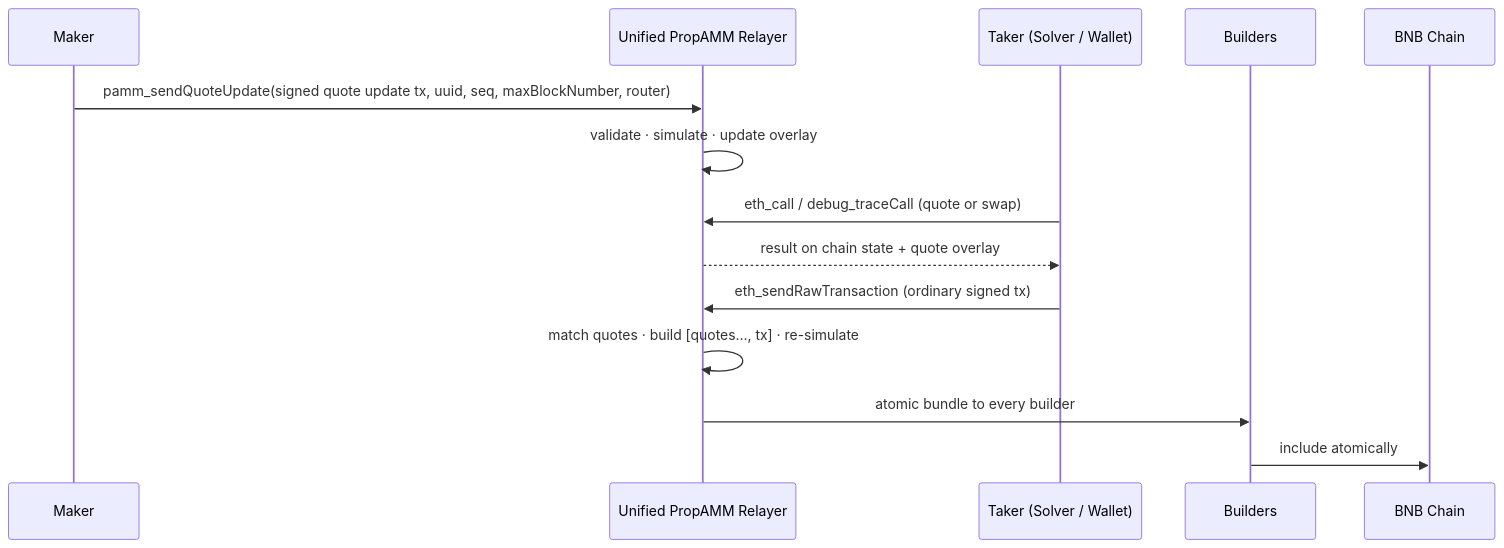
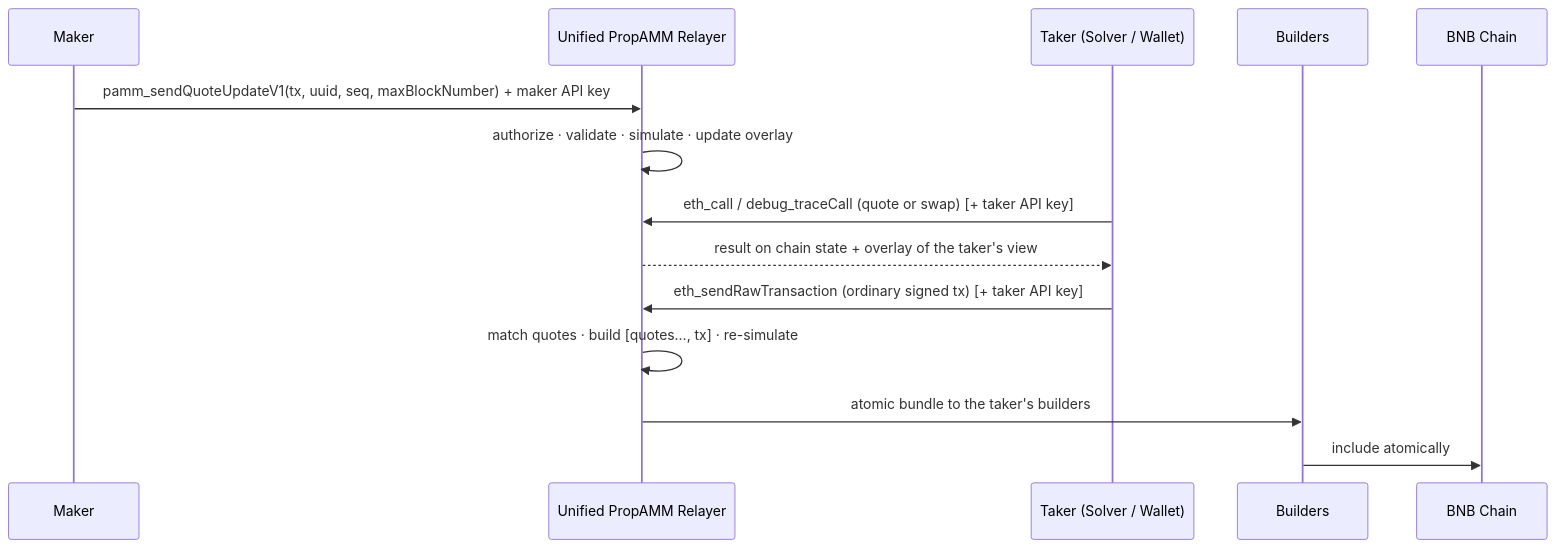
Before and after one commit to bnb-chain/BEPs: the second of 2 diagrams in BAPs/BAP-710.md, drawn with Mermaid. The commit also changed other lines of this file, not shown here.

````diff
--- a/BAPs/BAP-710.md
+++ b/BAPs/BAP-710.md
@@ -134,17 +138,17 @@
 ```mermaid
 sequenceDiagram
     participant M as Maker
     participant R as Unified PropAMM Relayer
     participant T as Taker (Solver / Wallet)
     participant B as Builders
     participant C as BNB Chain
 
-    M->>R: pamm_sendQuoteUpdate(signed quote update tx, uuid, seq, maxBlockNumber, router)
-    R->>R: validate · simulate · update overlay
-    T->>R: eth_call / debug_traceCall (quote or swap)
-    R-->>T: result on chain state + quote overlay
-    T->>R: eth_sendRawTransaction (ordinary signed tx)
+    M->>R: pamm_sendQuoteUpdateV1(tx, uuid, seq, maxBlockNumber) + maker API key
+    R->>R: authorize · validate · simulate · update overlay
+    T->>R: eth_call / debug_traceCall (quote or swap) [+ taker API key]
+    R-->>T: result on chain state + overlay of the taker's view
+    T->>R: eth_sendRawTransaction (ordinary signed tx) [+ taker API key]
     R->>R: match quotes · build [quotes…, tx] · re-simulate
-    R->>B: atomic bundle to every builder
+    R->>B: atomic bundle to the taker's builders
     B->>C: include atomically
 ```
````
